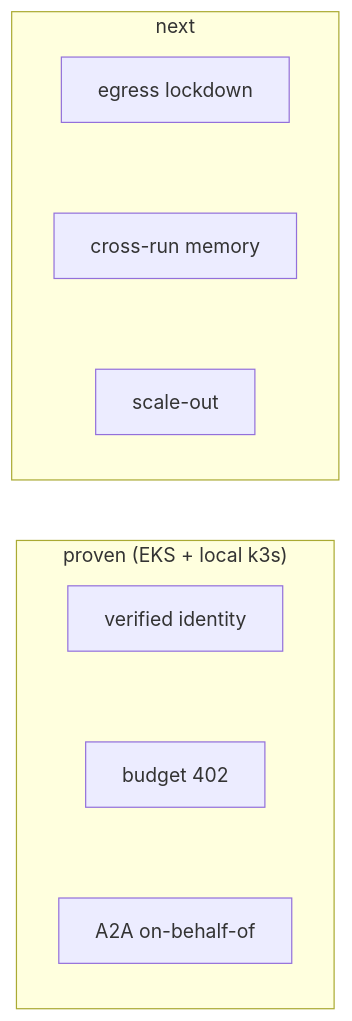
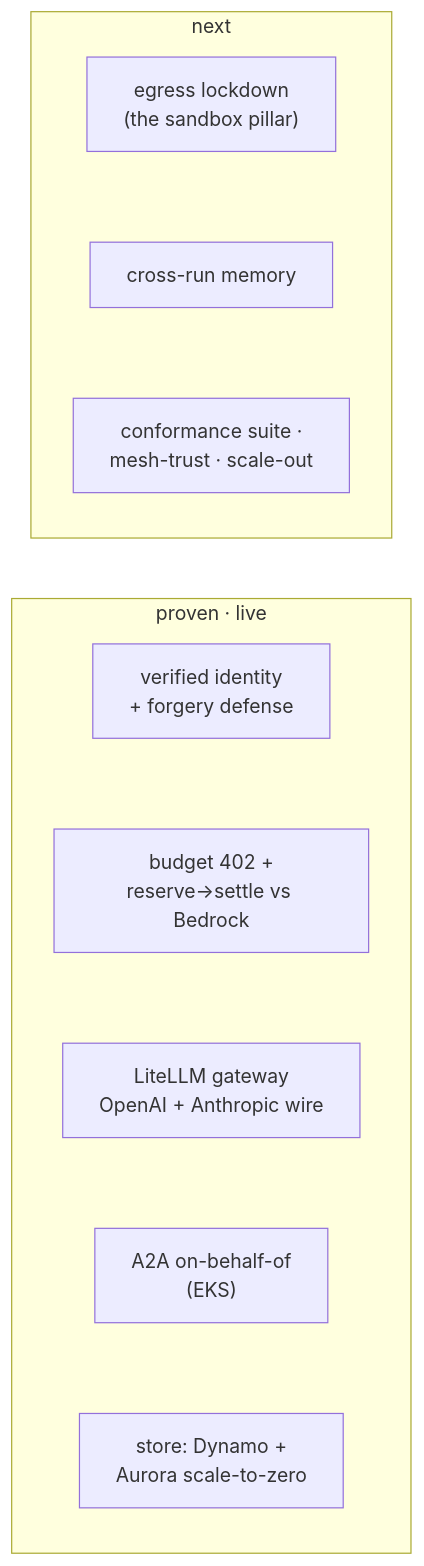
One commit to tilsley/creance changed diagram 17 of 17 in docs/walkthrough-slides.md. Above: the diagram before and after it, drawn with Mermaid. The commit also changed other lines of this file and 3 other files, not shown here.

````diff
--- a/docs/walkthrough-slides.md
+++ b/docs/walkthrough-slides.md
@@ -253,9 +253,9 @@
 ```mermaid
 flowchart LR
-  subgraph RUNS["proven (EKS + local k3s)"]
-    R1["verified identity"] ~~~ R2["budget 402"] ~~~ R3["A2A on-behalf-of"]
+  subgraph RUNS["proven · live"]
+    R1["verified identity<br/>+ forgery defense"] ~~~ R2["budget 402 +<br/>reserve→settle vs Bedrock"] ~~~ R3["LiteLLM gateway<br/>OpenAI + Anthropic wire"] ~~~ R4["A2A on-behalf-of<br/>(EKS)"] ~~~ R5["store: Dynamo +<br/>Aurora scale-to-zero"]
   end
   subgraph NEXT["next"]
-    N1["egress lockdown"] ~~~ N2["cross-run memory"] ~~~ N3["scale-out"]
+    N1["egress lockdown<br/>(the sandbox pillar)"] ~~~ N2["cross-run memory"] ~~~ N3["conformance suite ·<br/>mesh-trust · scale-out"]
   end
 ```
````
